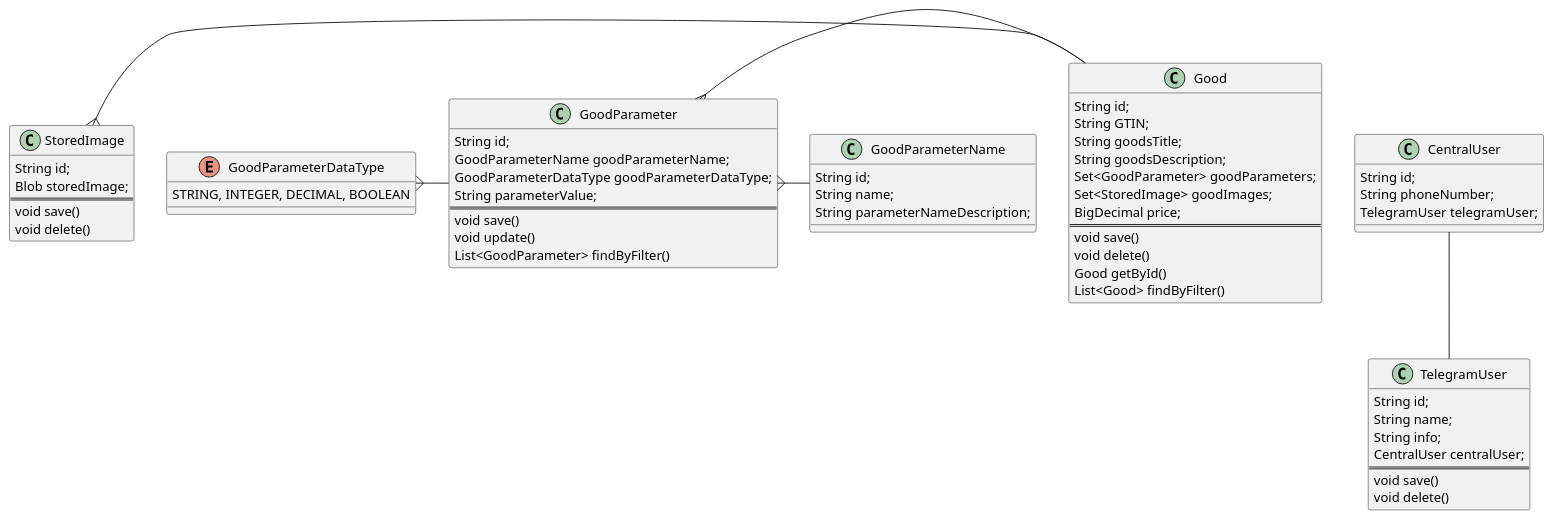
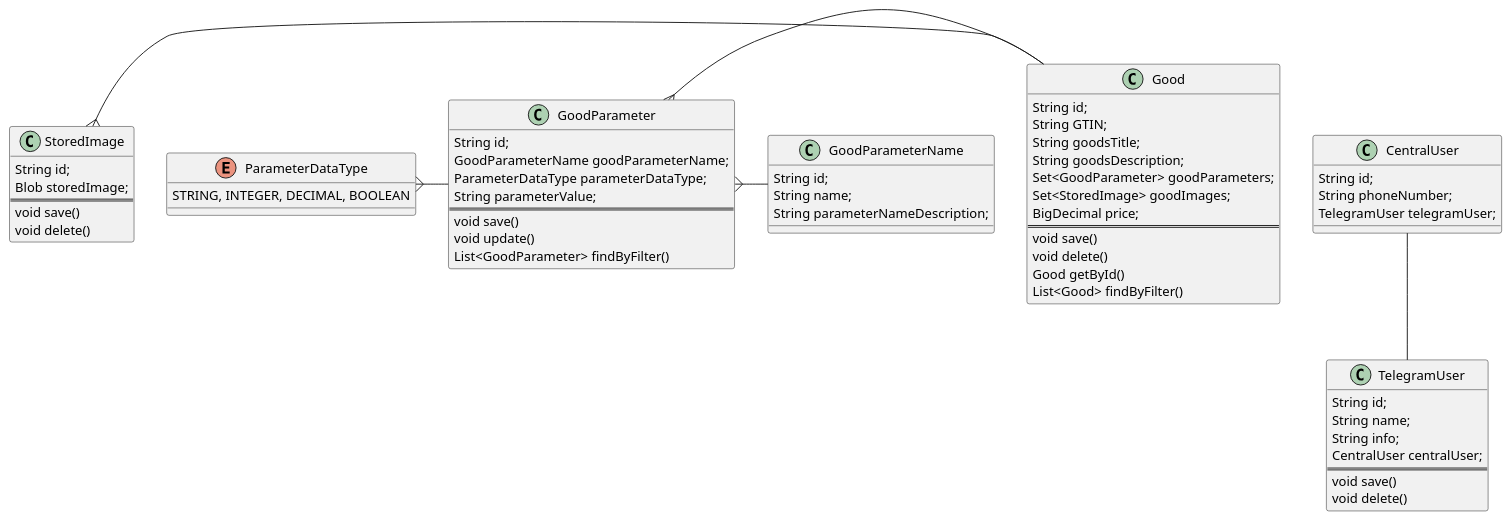
Before and after one commit to ViktorVx/hibernate-learning: the diagram in documentation/schema.puml, drawn with PlantUML. The commit also changed 10 other files, not shown here.

```diff
--- a/documentation/schema.puml
+++ b/documentation/schema.puml
@@ -1,67 +1,67 @@
 @startuml
 class CentralUser {
     String id;
     String phoneNumber;
     TelegramUser telegramUser;
 }
 
 class TelegramUser {
     String id;
     String name;
     String info;
     CentralUser centralUser;
     ==
     void save()
     void delete()
 }
 
 class Good {
     String id;
     String GTIN;
     String goodsTitle;
     String goodsDescription;
     Set<GoodParameter> goodParameters;
     Set<StoredImage> goodImages;
     BigDecimal price;
     ==
     void save()
     void delete()
     Good getById()
     List<Good> findByFilter()
 }
 
 class GoodParameter {
     String id;
     GoodParameterName goodParameterName;
-    GoodParameterDataType goodParameterDataType;
+    ParameterDataType parameterDataType;
     String parameterValue;
     ==
     void save()
     void update()
     List<GoodParameter> findByFilter()
 }
 
 class StoredImage {
     String id;
     Blob storedImage;
     ==
     void save()
     void delete()
 }
 
-enum GoodParameterDataType {
+enum ParameterDataType {
     STRING, INTEGER, DECIMAL, BOOLEAN
 }
 
 class GoodParameterName {
     String id;
     String name;
     String parameterNameDescription;
 }
 
 GoodParameter }- Good
 GoodParameter }- GoodParameterName
 StoredImage }- Good
-GoodParameterDataType }- GoodParameter
+ParameterDataType }- GoodParameter
 CentralUser -- TelegramUser
 @enduml
```
